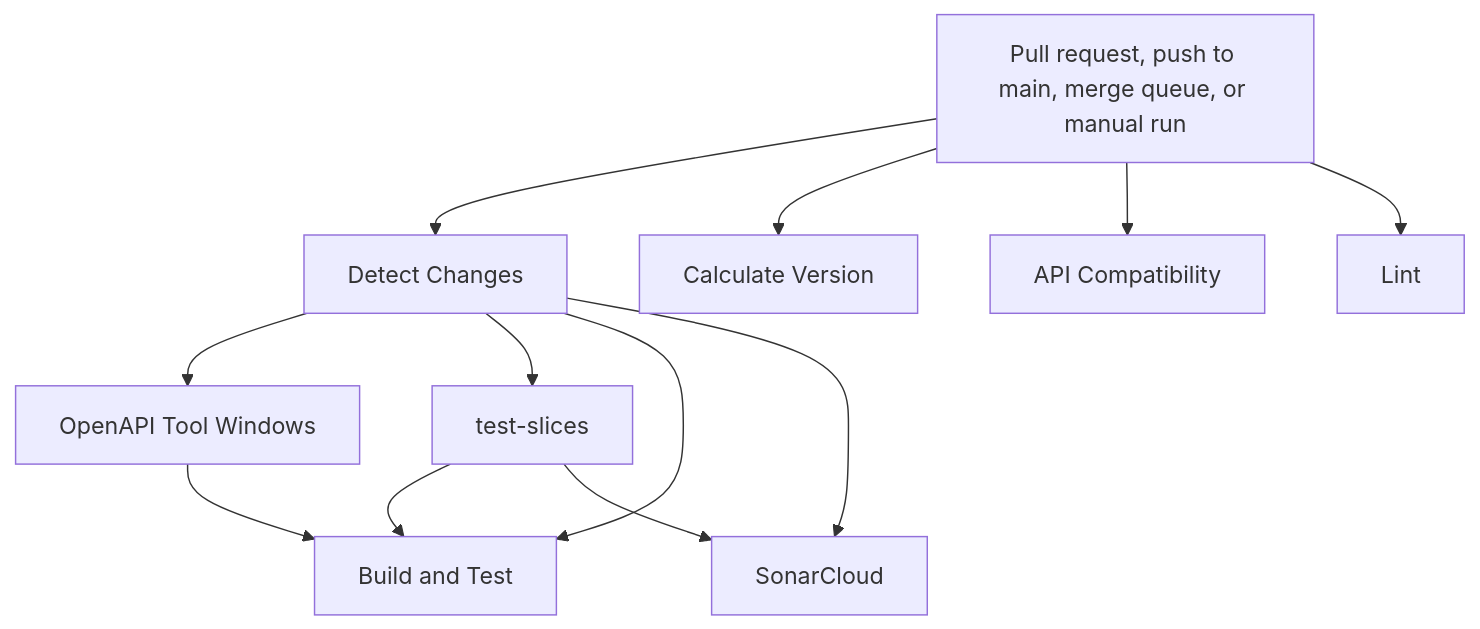
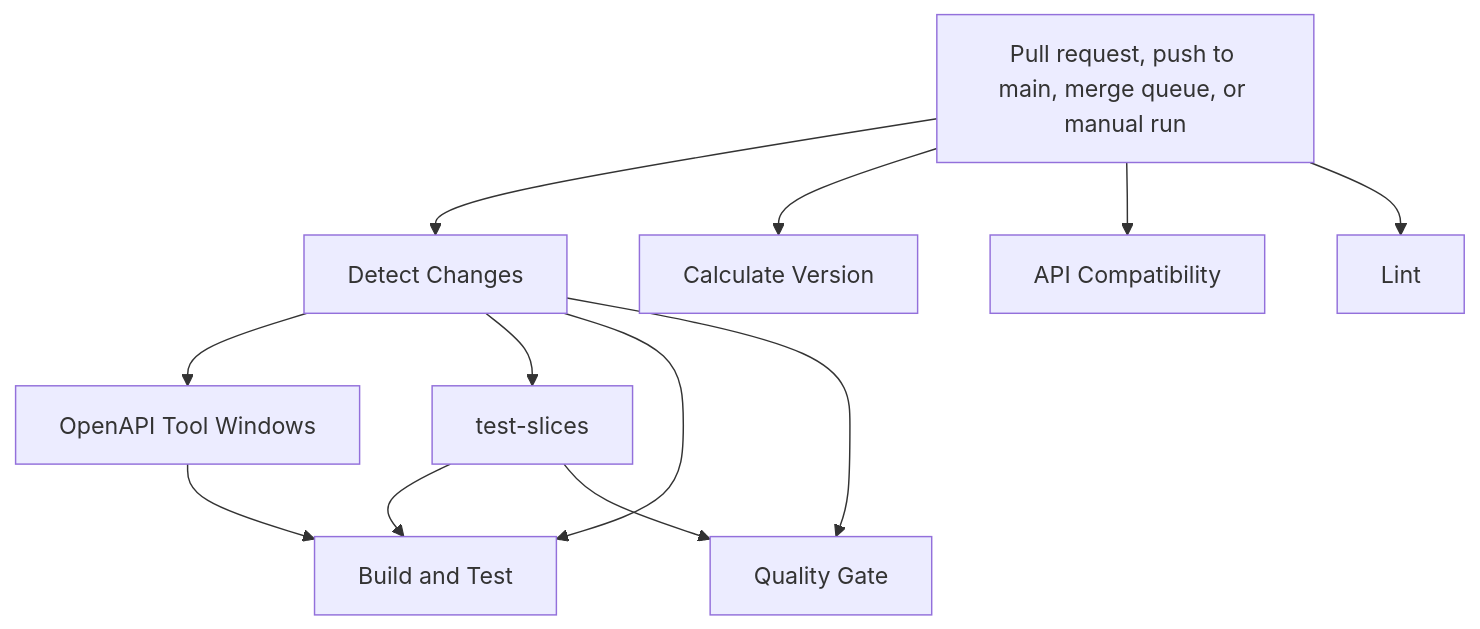
One commit to danigutsch/ViajantesTurismo changed the first of 3 diagrams in docs/architecture/ci-validation-flows.md. Above: the diagram before and after it, drawn with Mermaid. The commit also changed other lines of this file and 291 other files, not shown here.

Commit message:
build: replace SonarCloud with repository quality gates

````diff
--- a/docs/architecture/ci-validation-flows.md
+++ b/docs/architecture/ci-validation-flows.md
@@ -13,23 +13,23 @@
 ```mermaid
 flowchart TB
     trigger[Pull request, push to main, merge queue, or manual run]
     detect_changes[Detect Changes]
     calculate_version[Calculate Version]
     openapi_tool_windows[OpenAPI Tool Windows]
     test_slices[test-slices]
     build_and_test[Build and Test]
     api_compatibility[API Compatibility]
-    sonarcloud[SonarCloud]
+    quality_gate[Quality Gate]
     lint[Lint]
     trigger --> detect_changes
     trigger --> calculate_version
     detect_changes --> openapi_tool_windows
     detect_changes --> test_slices
     detect_changes --> build_and_test
     test_slices --> build_and_test
     openapi_tool_windows --> build_and_test
     trigger --> api_compatibility
-    detect_changes --> sonarcloud
-    test_slices --> sonarcloud
+    detect_changes --> quality_gate
+    test_slices --> quality_gate
     trigger --> lint
 ```
````
